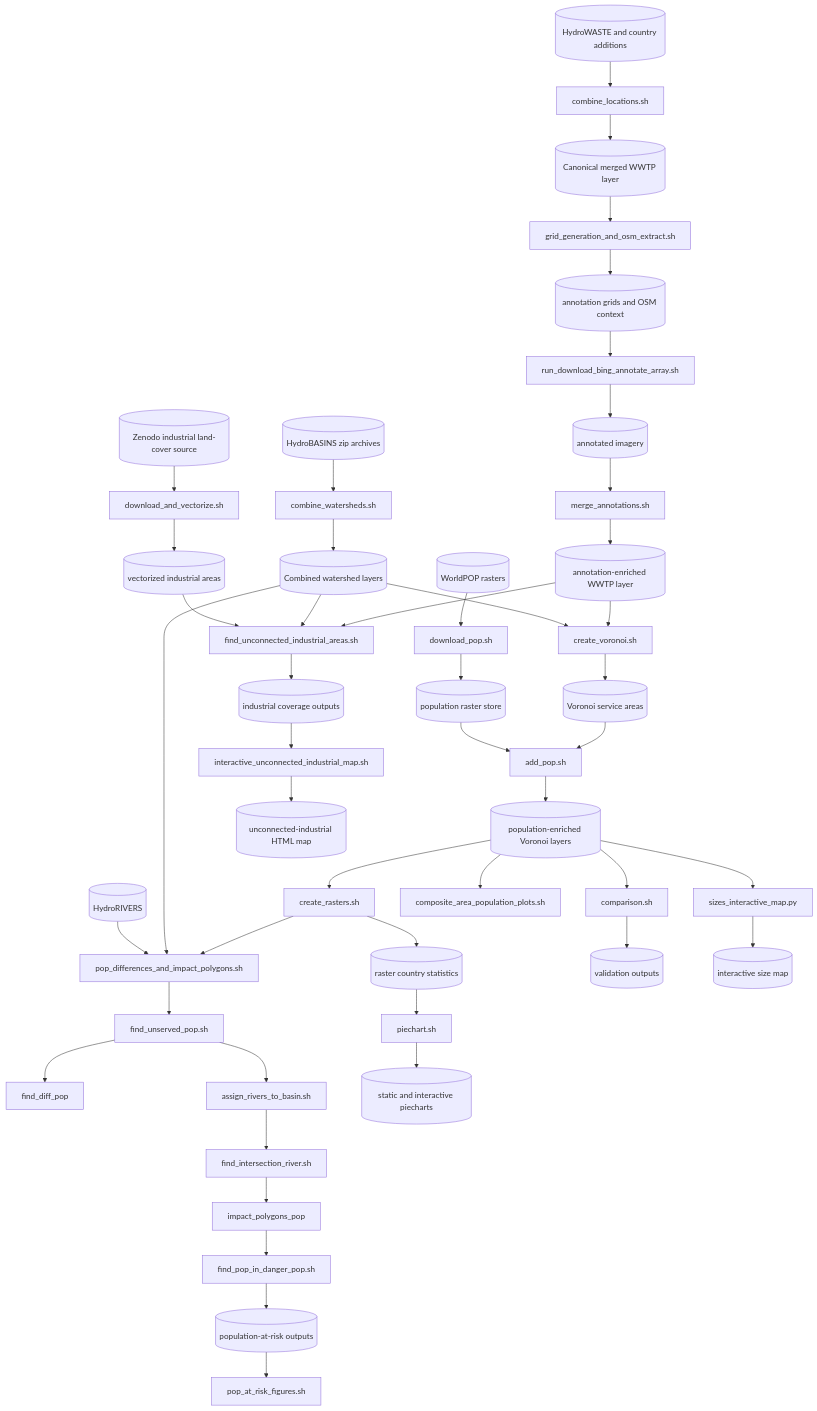
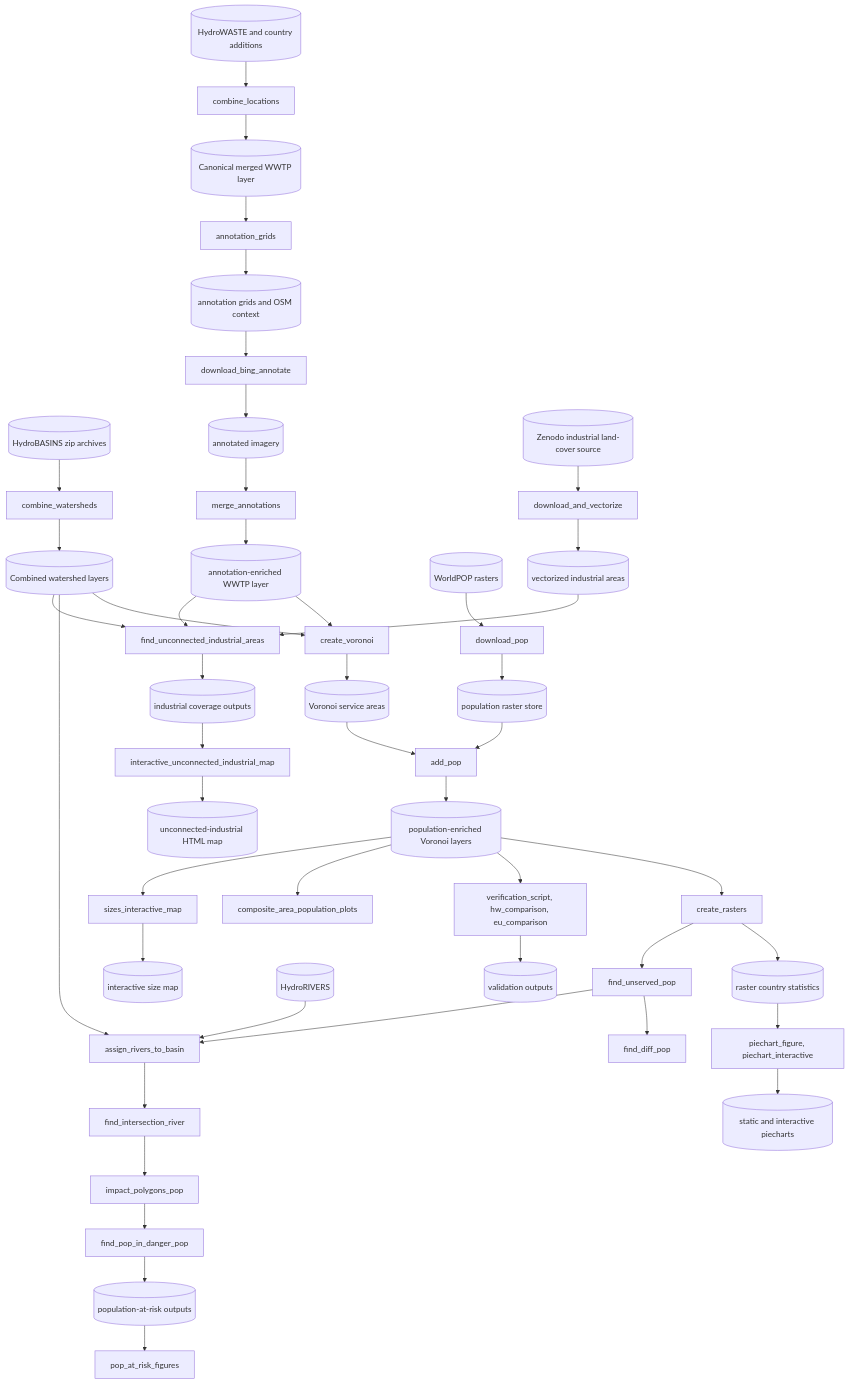
One commit to erennere/Global-WWTP-Service-Zones-and-Risk-Pipeline changed the diagram in README.md. Above: the diagram before and after it, drawn with Mermaid. The commit also changed other lines of this file and 64 other files, not shown here.

````diff
--- a/README.md
+++ b/README.md
@@ -172,56 +167,55 @@
 ```mermaid
 graph TD
-	A[(HydroWASTE and country additions)] --> B[combine_locations.sh]
+	A[(HydroWASTE and country additions)] --> B[combine_locations]
 	B --> C[(Canonical merged WWTP layer)]
 
-	D[(HydroBASINS zip archives)] --> E[combine_watersheds.sh]
+	D[(HydroBASINS zip archives)] --> E[combine_watersheds]
 	E --> F[(Combined watershed layers)]
 
-	C --> G[grid_generation_and_osm_extract.sh]
+	C --> G[annotation_grids]
 	G --> H[(annotation grids and OSM context)]
-	H --> I[run_download_bing_annotate_array.sh]
+	H --> I[download_bing_annotate]
 	I --> J[(annotated imagery)]
-	J --> K[merge_annotations.sh]
+	J --> K[merge_annotations]
 	K --> L[(annotation-enriched WWTP layer)]
 
-	M[(WorldPOP rasters)] --> N[download_pop.sh]
-	L --> O[create_voronoi.sh]
+	M[(WorldPOP rasters)] --> N[download_pop]
+	L --> O[create_voronoi]
 	F --> O
 	O --> P[(Voronoi service areas)]
 	N --> Q[(population raster store)]
-	P --> R[add_pop.sh]
+	P --> R[add_pop]
 	Q --> R
 	R --> S[(population-enriched Voronoi layers)]
 
-	S --> T[create_rasters.sh]
+	S --> T[create_rasters]
 	T --> T1[(raster country statistics)]
-	T --> U[pop_differences_and_impact_polygons.sh]
-	F --> U
-	V[(HydroRIVERS)] --> U
-	U --> U1[find_unserved_pop.sh]
+	T --> U1[find_unserved_pop]
+	F --> U3
+	V[(HydroRIVERS)] --> U3
 	U1 --> U2[find_diff_pop]
-	U1 --> U3[assign_rivers_to_basin.sh]
-	U3 --> U4[find_intersection_river.sh]
+	U1 --> U3[assign_rivers_to_basin]
+	U3 --> U4[find_intersection_river]
 	U4 --> U5[impact_polygons_pop]
-	U5 --> W[find_pop_in_danger_pop.sh]
+	U5 --> W[find_pop_in_danger_pop]
 	W --> X[(population-at-risk outputs)]
 
-	S --> Y[comparison.sh]
+	S --> Y[verification_script, hw_comparison, eu_comparison]
 	Y --> Z[(validation outputs)]
 
-	AZ[(Zenodo industrial land-cover source)] --> AA[download_and_vectorize.sh]
+	AZ[(Zenodo industrial land-cover source)] --> AA[download_and_vectorize]
 	AA --> AA1[(vectorized industrial areas)]
-	L --> AA2[find_unconnected_industrial_areas.sh]
+	L --> AA2[find_unconnected_industrial_areas]
 	F --> AA2
 	AA1 --> AA2
 	AA2 --> AB[(industrial coverage outputs)]
 
-	S --> AC[composite_area_population_plots.sh]
-	X --> AD[pop_at_risk_figures.sh]
-	T1 --> AG[piechart.sh]
+	S --> AC[composite_area_population_plots]
+	X --> AD[pop_at_risk_figures]
+	T1 --> AG[piechart_figure, piechart_interactive]
 	AG --> AH[(static and interactive piecharts)]
-	S --> AI[sizes_interactive_map.py]
+	S --> AI[sizes_interactive_map]
 	AI --> AJ[(interactive size map)]
-	AB --> AE[interactive_unconnected_industrial_map.sh]
+	AB --> AE[interactive_unconnected_industrial_map]
 	AE --> AF[(unconnected-industrial HTML map)]
 ```
````
